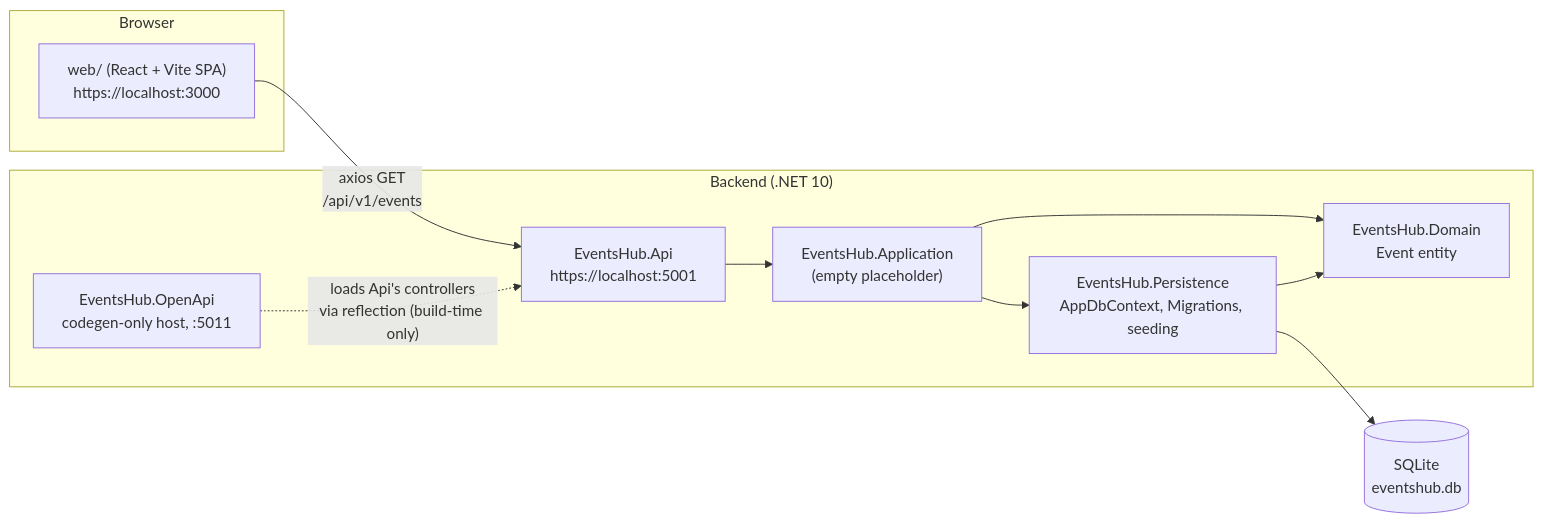
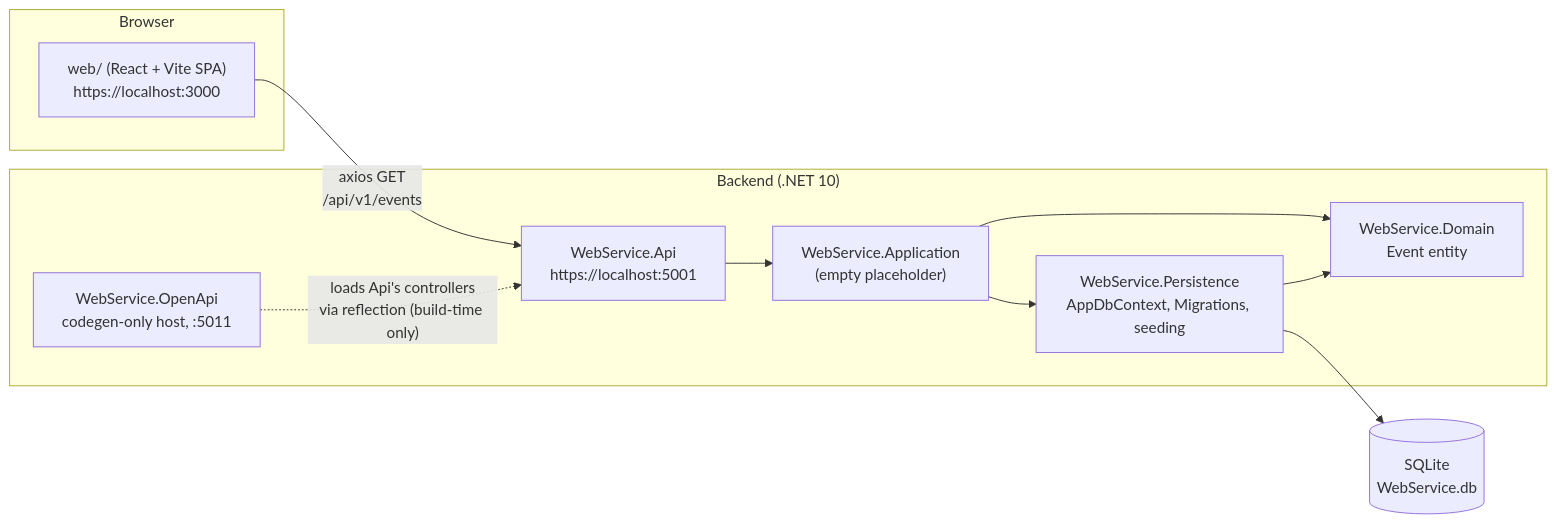
One commit to MurasakiWolf/WebServices changed the diagram in docs/Architecture.md. Above: the diagram before and after it, drawn with Mermaid. The commit also changed other lines of this file and 10 other files, not shown here.

Commit message:
Rename from EventsHub to WebService

````diff
--- a/docs/Architecture.md
+++ b/docs/Architecture.md
@@ -12,24 +12,24 @@
 ```mermaid
 graph LR
     subgraph Browser
         Web["web/ (React + Vite SPA)<br/>https://localhost:3000"]
     end
 
     subgraph "Backend (.NET 10)"
-        Api["EventsHub.Api<br/>https://localhost:5001"]
-        App["EventsHub.Application<br/>(empty placeholder)"]
-        Pers["EventsHub.Persistence<br/>AppDbContext, Migrations, seeding"]
-        Dom["EventsHub.Domain<br/>Event entity"]
-        OpenApi["EventsHub.OpenApi<br/>codegen-only host, :5011"]
+        Api["WebService.Api<br/>https://localhost:5001"]
+        App["WebService.Application<br/>(empty placeholder)"]
+        Pers["WebService.Persistence<br/>AppDbContext, Migrations, seeding"]
+        Dom["WebService.Domain<br/>Event entity"]
+        OpenApi["WebService.OpenApi<br/>codegen-only host, :5011"]
     end
 
-    Db[("SQLite<br/>eventshub.db")]
+    Db[("SQLite<br/>WebService.db")]
 
     Web -- "axios GET<br/>/api/v1/events" --> Api
     Api --> App
     App --> Pers
     App --> Dom
     Pers --> Dom
     Pers --> Db
     OpenApi -. "loads Api's controllers<br/>via reflection (build-time only)" .-> Api
 ```
````
